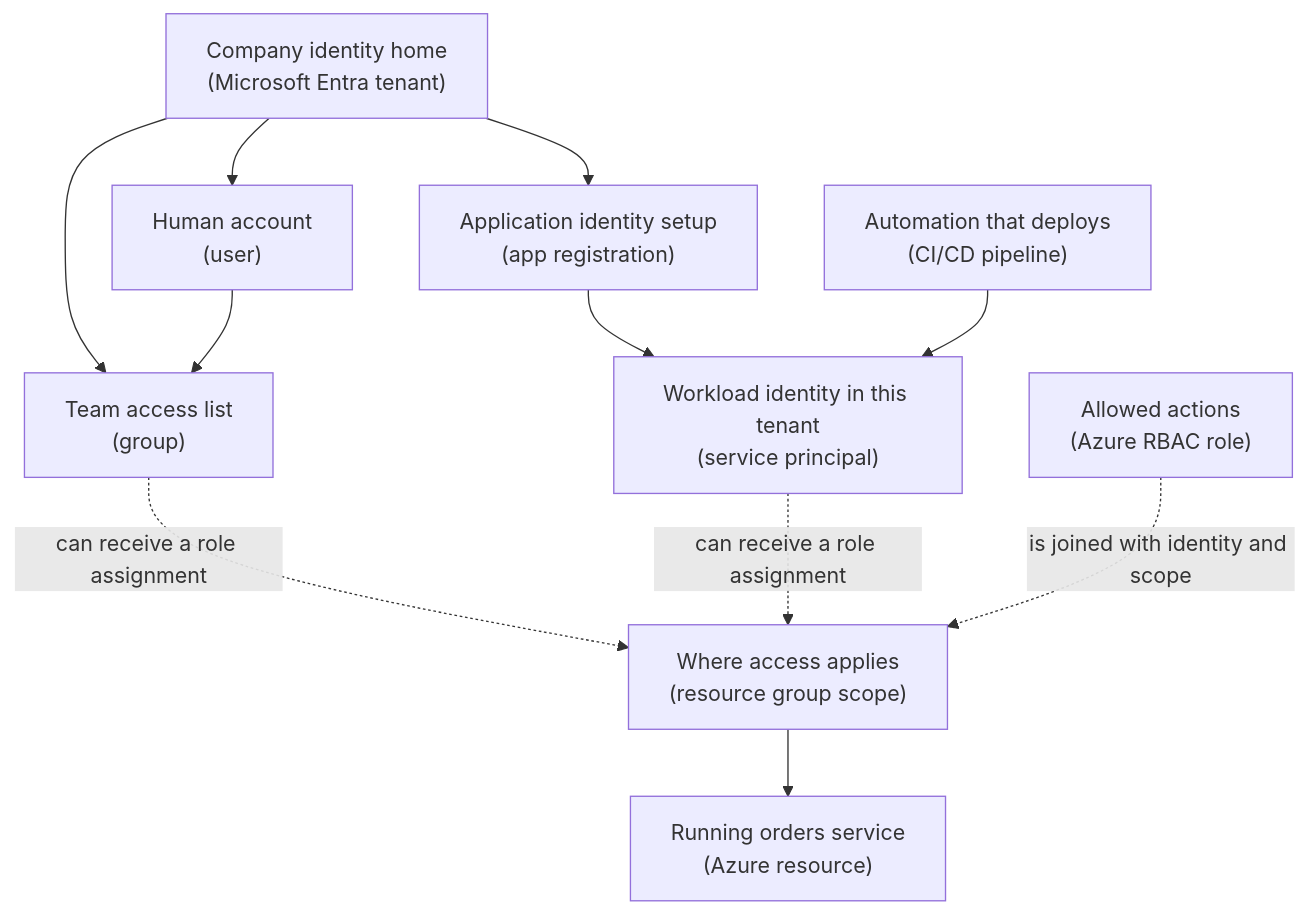
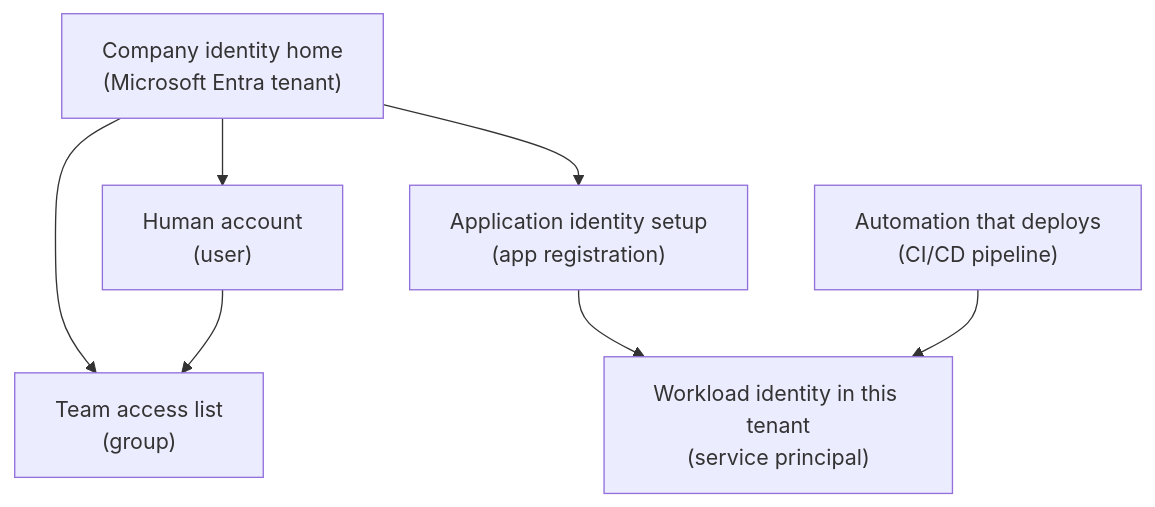
The diagram in cloud-providers/azure/identity-security/microsoft-entra-id-users-groups-and-service-principals.md (senlinyy/dev-roadmaps), drawn with Mermaid before and after one commit. The commit also changed other lines of this file and 89 other files, not shown here.

````diff
--- a/cloud-providers/azure/identity-security/microsoft-entra-id-users-groups-and-service-principals.md
+++ b/cloud-providers/azure/identity-security/microsoft-entra-id-users-groups-and-service-principals.md
@@ -96,23 +96,16 @@
 ```mermaid
 flowchart TD
     HOME["Company identity home<br/>(Microsoft Entra tenant)"]
     USER["Human account<br/>(user)"]
     GROUP["Team access list<br/>(group)"]
     APPDEF["Application identity setup<br/>(app registration)"]
     LOCALAPP["Workload identity in this tenant<br/>(service principal)"]
     PIPELINE["Automation that deploys<br/>(CI/CD pipeline)"]
-    SCOPE["Where access applies<br/>(resource group scope)"]
-    ROLE["Allowed actions<br/>(Azure RBAC role)"]
-    APP["Running orders service<br/>(Azure resource)"]
 
     HOME --> USER
     HOME --> GROUP
     HOME --> APPDEF
     APPDEF --> LOCALAPP
     USER --> GROUP
     PIPELINE --> LOCALAPP
-    GROUP -. "can receive a role assignment" .-> SCOPE
-    LOCALAPP -. "can receive a role assignment" .-> SCOPE
-    ROLE -. "is joined with identity and scope" .-> SCOPE
-    SCOPE --> APP
 ```
````
